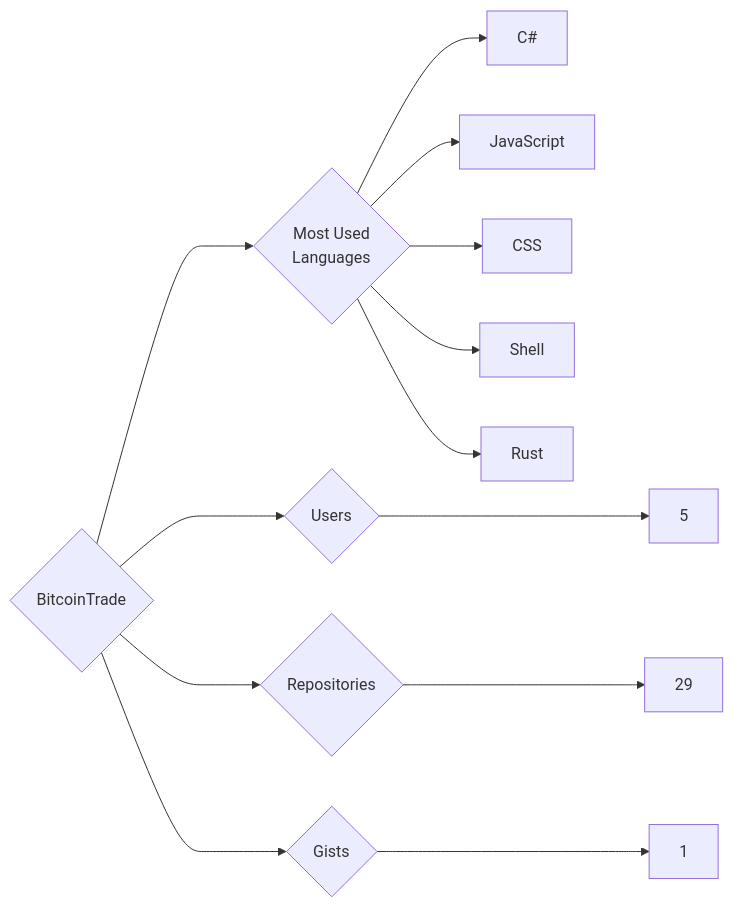
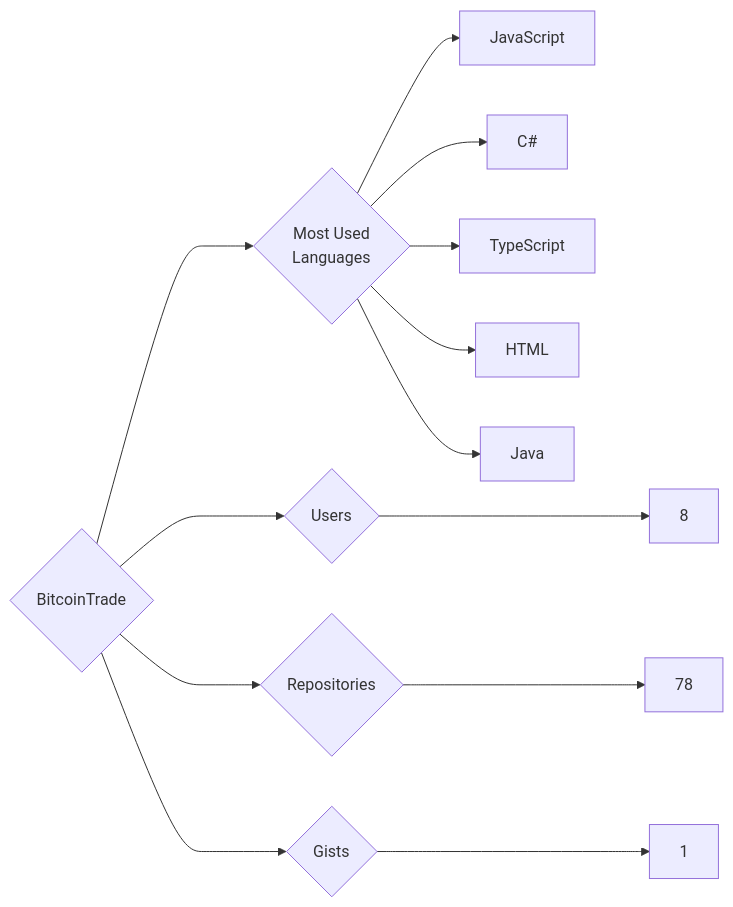
One commit to trickest/insiders changed the diagram in targets/BitcoinTrade/README.md. Above: the diagram before and after it, drawn with Mermaid. The commit also changed 880 other files, not shown here.

````diff
--- a/targets/BitcoinTrade/README.md
+++ b/targets/BitcoinTrade/README.md
@@ -3,13 +3,13 @@
 ```mermaid
 graph LR
 COMPANY_NAME{BitcoinTrade}
-COMPANY_NAME ---> U{Users} ---> UN[5]
-COMPANY_NAME ---> R{Repositories} ---> RN[29]
+COMPANY_NAME ---> U{Users} ---> UN[8]
+COMPANY_NAME ---> R{Repositories} ---> RN[78]
 COMPANY_NAME ---> G{Gists} ---> GN[1]
 COMPANY_NAME ---> ML{Most Used<br>Languages}
+ML --> JavaScript[JavaScript]
 ML --> C#[C#]
-ML --> JavaScript[JavaScript]
-ML --> CSS[CSS]
-ML --> Shell[Shell]
-ML --> Rust[Rust]
+ML --> TypeScript[TypeScript]
+ML --> HTML[HTML]
+ML --> Java[Java]
 ```
````
